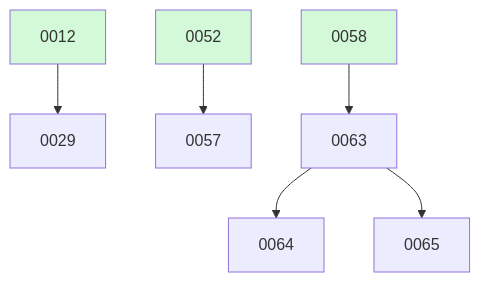
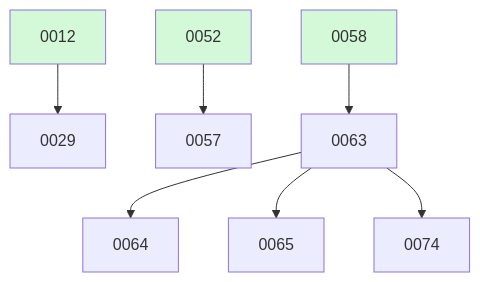
Before and after one commit to ethanhinson/fuse: the diagram in docs/changes/BOARD.md, drawn with Mermaid. The commit also changed other lines of this file and 2 other files, not shown here.

````diff
--- a/docs/changes/BOARD.md
+++ b/docs/changes/BOARD.md
@@ -25,12 +26,13 @@
 ```mermaid
 graph TD
   0012 --> 0029
   0052 --> 0057
   0058 --> 0063
   0063 --> 0064
   0063 --> 0065
+  0063 --> 0074
   0012:::done
   0052:::done
   0058:::done
   classDef done fill:#d3f9d8;
 ```
````
